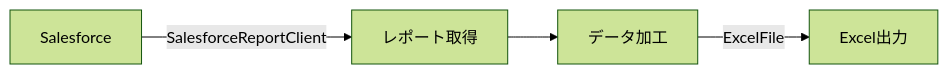
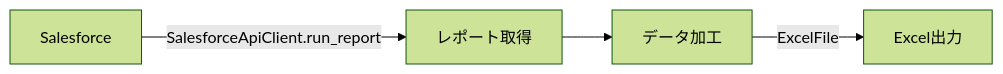
The fourth of 5 diagrams in README.md (tenniscorecom/original_libs), drawn with Mermaid (forest theme) before and after one commit. The commit also changed other lines of this file, not shown here.

First line of the commit message:
README: Salesforce 分割・credentials GUI に合わせて更新

````diff
--- a/README.md
+++ b/README.md
@@ -1134,6 +1165,6 @@
 ```mermaid
 flowchart LR
-    A["Salesforce"] -->|SalesforceReportClient| B["レポート取得"]
+    A["Salesforce"] -->|SalesforceApiClient.run_report| B["レポート取得"]
     B --> C["データ加工"]
     C -->|ExcelFile| D["Excel出力"]
 ```
````
